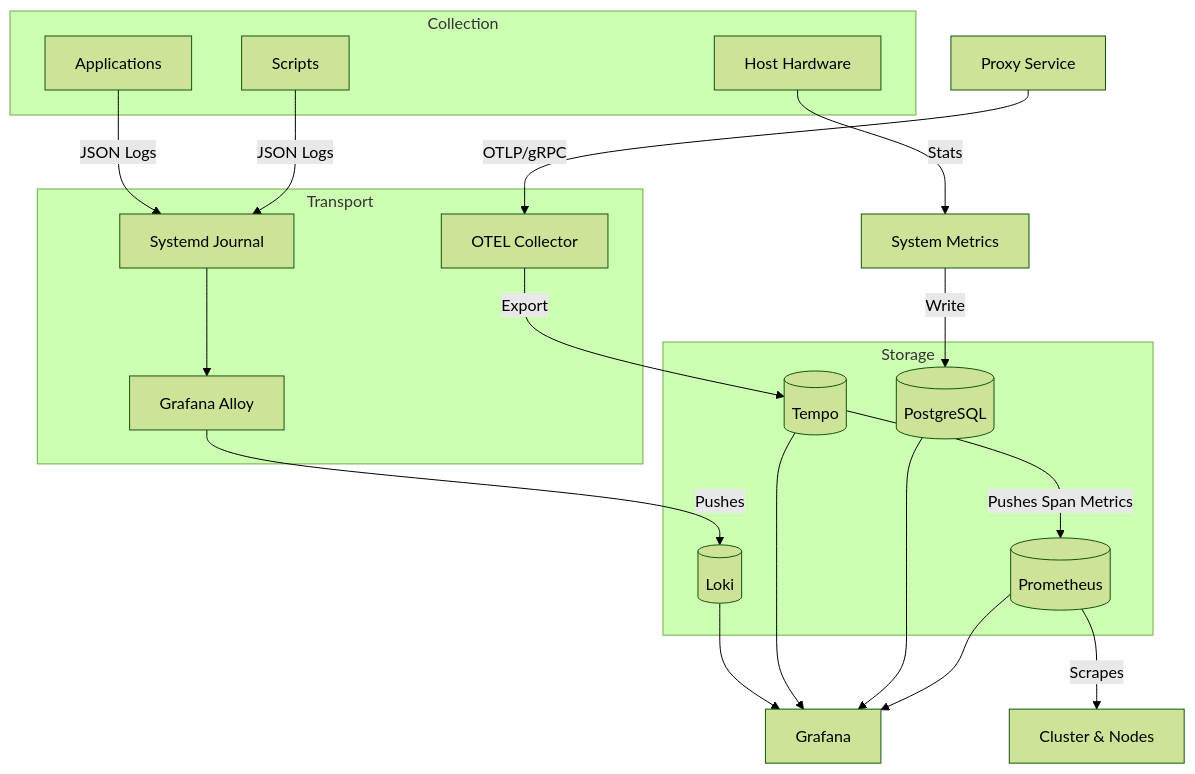
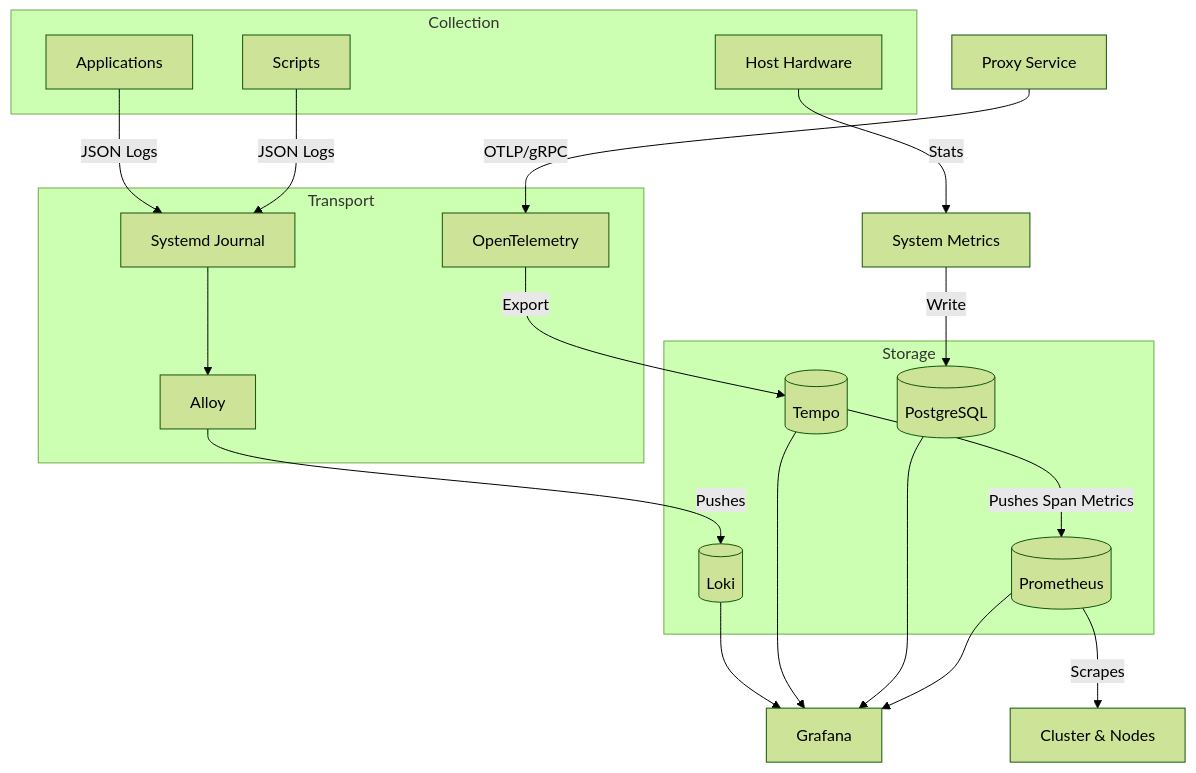
The diagram in docs/architecture/core-concepts/observability.md (victoriacheng15/observability-hub), drawn with Mermaid (forest theme) before and after one commit. The commit also changed other lines of this file and 12 other files, not shown here.

````diff
--- a/docs/architecture/core-concepts/observability.md
+++ b/docs/architecture/core-concepts/observability.md
@@ -7,40 +7,40 @@
 ```mermaid
 graph TD
     subgraph Collection
         App[Applications]
         Script[Scripts]
         Hardware[Host Hardware]
     end
 
     subgraph Transport
         Journal[Systemd Journal]
-        Alloy[Grafana Alloy]
-        OTEL[OTEL Collector]
+        Alloy[Alloy]
+        OTEL[OpenTelemetry]
     end
 
     subgraph Storage
         Loki[(Loki)]
         Tempo[(Tempo)]
         PG[(PostgreSQL)]
         Prom[(Prometheus)]
     end
 
     %% Logging Flow
     App -->|JSON Logs| Journal
     Script -->|JSON Logs| Journal
     Journal --> Alloy
     Alloy -->|Pushes| Loki
 
     %% Tracing Flow (Selective)
     Proxy[Proxy Service] -->|OTLP/gRPC| OTEL
     OTEL -->|Export| Tempo
 
     %% Metrics Flow
     Hardware -->|Stats| Metrics[System Metrics]
     Metrics -->|Write| PG
     Prom[(Prometheus)] -->|Scrapes| Infrastructure[Cluster & Nodes]
     Tempo -->|Pushes Span Metrics| Prom
 
     %% Visualization
     Loki & Tempo & PG & Prom --> Grafana[Grafana]
 ```
````
